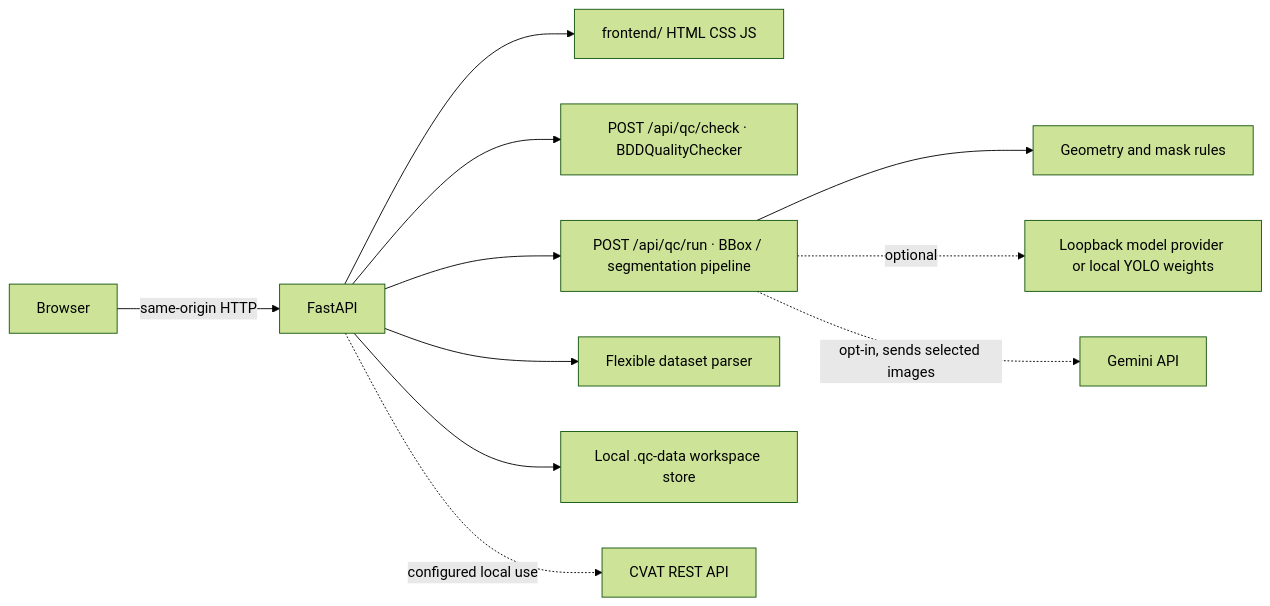
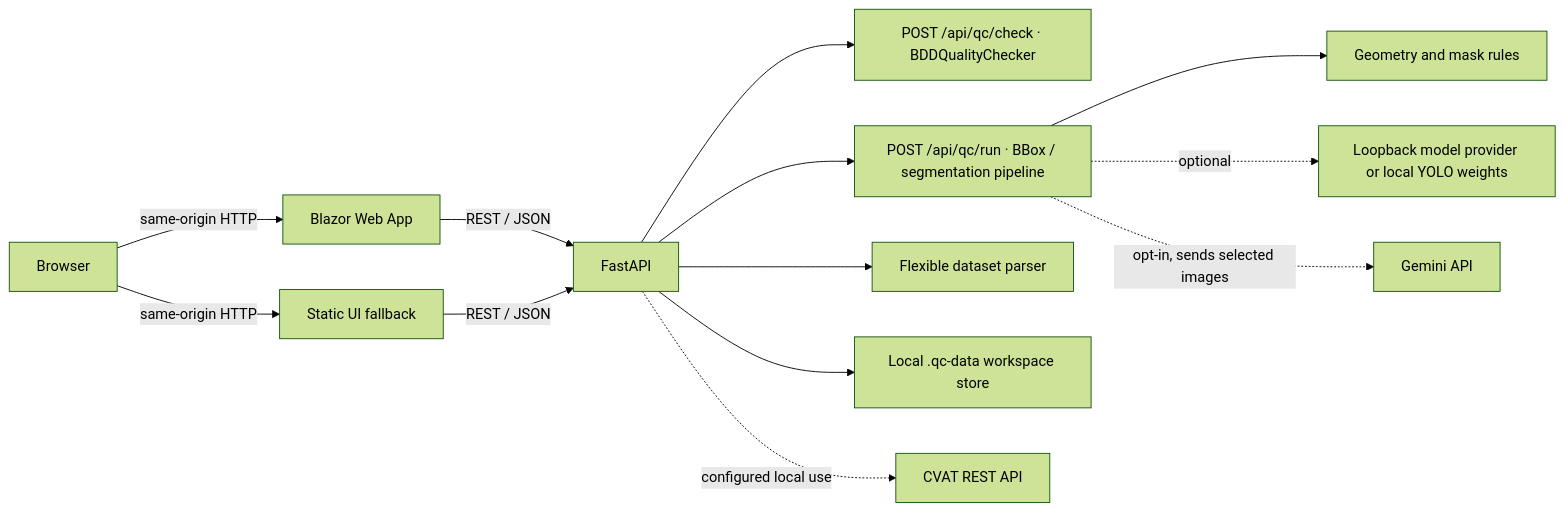
Before and after one commit to vanthang10tin/BP: the first of 2 diagrams in docs/ARCHITECTURE.md, drawn with Mermaid (forest theme). The commit also changed other lines of this file and 2 other files, not shown here.

Commit message:
Add architecture, specification and testing.md

````diff
--- a/docs/ARCHITECTURE.md
+++ b/docs/ARCHITECTURE.md
@@ -5,13 +5,15 @@
 ```mermaid
 flowchart LR
-  Browser -->|same-origin HTTP| FastAPI
-  FastAPI --> StaticUI[frontend/ HTML CSS JS]
+  Browser -->|same-origin HTTP| Blazor[Blazor Web App]
+  Browser -->|same-origin HTTP| StaticUI[Static UI fallback]
+  Blazor -->|REST / JSON| FastAPI
+  StaticUI -->|REST / JSON| FastAPI
   FastAPI --> LegacyQC[POST /api/qc/check · BDDQualityChecker]
   FastAPI --> WorkspaceQC[POST /api/qc/run · BBox / segmentation pipeline]
   FastAPI --> Parser[Flexible dataset parser]
   WorkspaceQC --> Rules[Geometry and mask rules]
   WorkspaceQC -. optional .-> LocalModels[Loopback model provider or local YOLO weights]
   WorkspaceQC -. opt-in, sends selected images .-> Gemini[Gemini API]
   FastAPI --> SQLite[Local .qc-data workspace store]
   FastAPI -. configured local use .-> CVAT[CVAT REST API]
 ```
````
